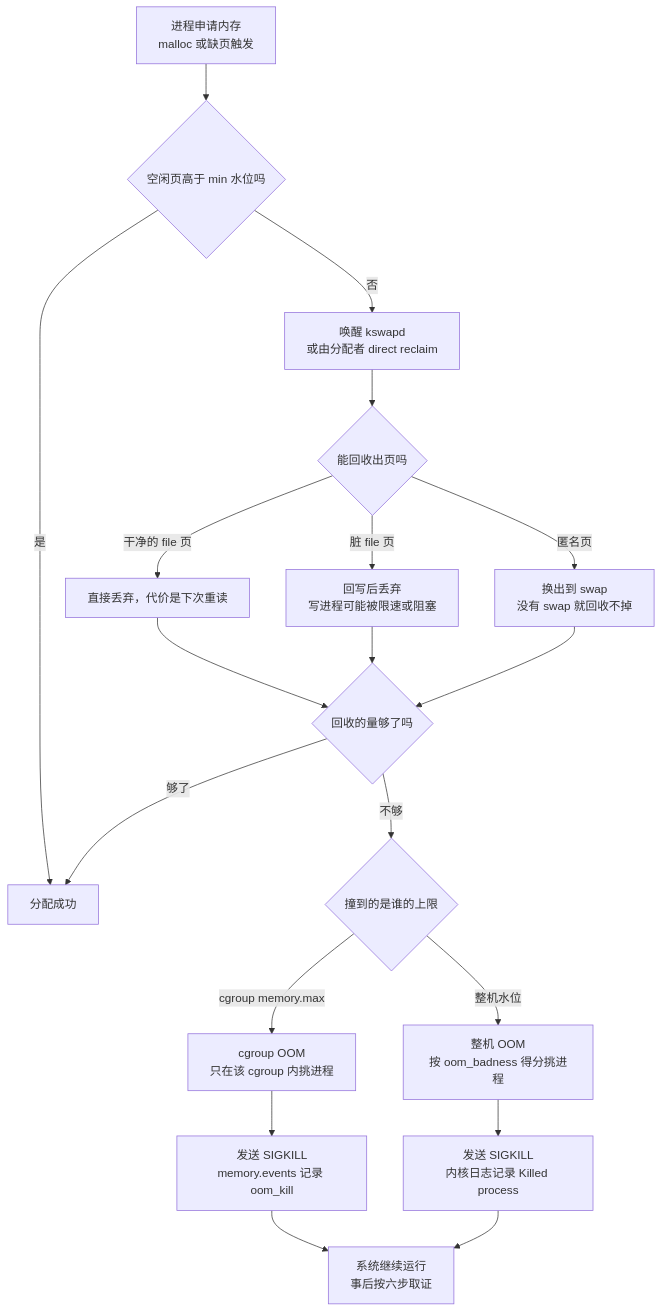
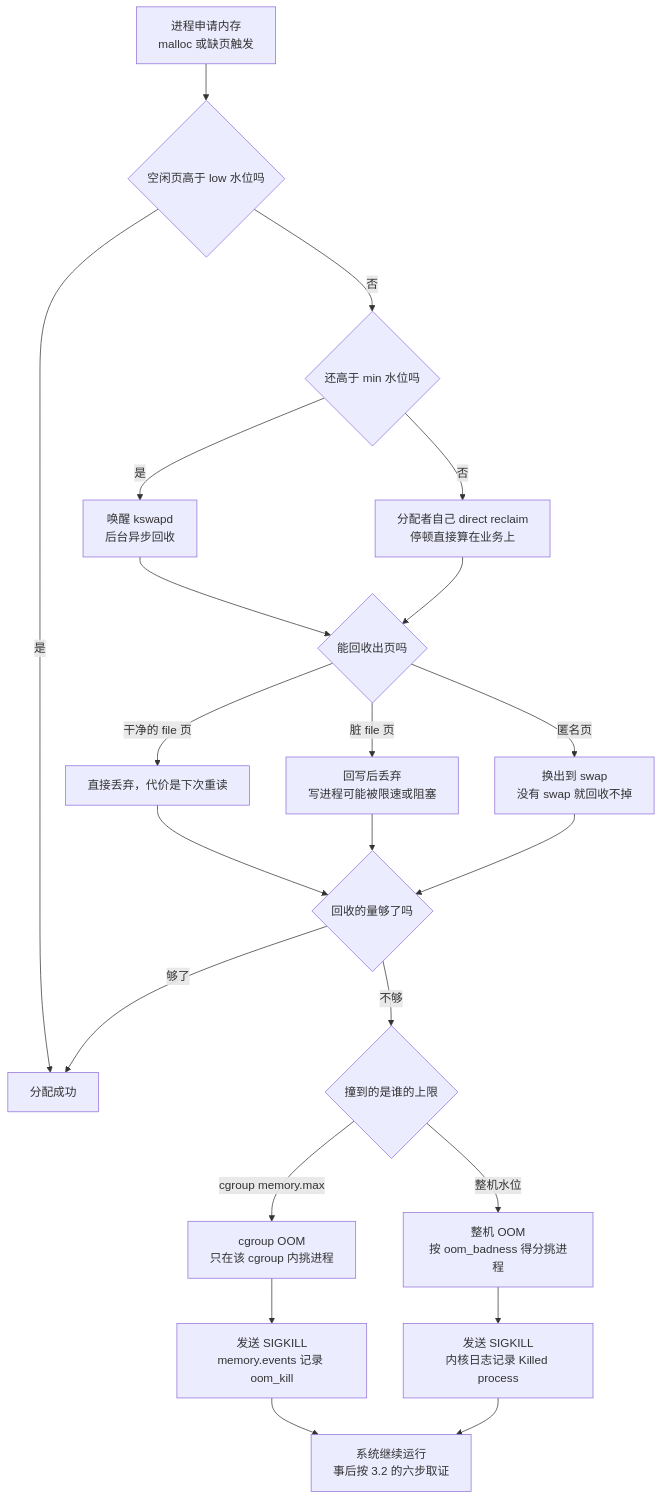
Before and after one commit to realtyz/ops-manual: the diagram in Linux/04_内存管理与OOM.md, drawn with Mermaid. The commit also changed other lines of this file and 19 other files, not shown here.

````diff
--- a/Linux/04_内存管理与OOM.md
+++ b/Linux/04_内存管理与OOM.md
@@ -195,21 +83,24 @@
 ```mermaid
 flowchart TD
-  A["进程申请内存<br/>malloc 或缺页触发"] --> B{"空闲页高于 min 水位吗"}
+  A["进程申请内存<br/>malloc 或缺页触发"] --> B{"空闲页高于 low 水位吗"}
   B -- "是" --> C["分配成功"]
-  B -- "否" --> D["唤醒 kswapd<br/>或由分配者 direct reclaim"]
-  D --> E{"能回收出页吗"}
+  B -- "否" --> D{"还高于 min 水位吗"}
+  D -- "是" --> P["唤醒 kswapd<br/>后台异步回收"]
+  D -- "否" --> Q["分配者自己 direct reclaim<br/>停顿直接算在业务上"]
+  P --> E{"能回收出页吗"}
+  Q --> E
   E -- "干净的 file 页" --> F["直接丢弃，代价是下次重读"]
   E -- "脏 file 页" --> G["回写后丢弃<br/>写进程可能被限速或阻塞"]
   E -- "匿名页" --> H["换出到 swap<br/>没有 swap 就回收不掉"]
   F --> I{"回收的量够了吗"}
   G --> I
   H --> I
   I -- "够了" --> C
   I -- "不够" --> J{"撞到的是谁的上限"}
   J -- "cgroup memory.max" --> K["cgroup OOM<br/>只在该 cgroup 内挑进程"]
   J -- "整机水位" --> L["整机 OOM<br/>按 oom_badness 得分挑进程"]
   K --> M["发送 SIGKILL<br/>memory.events 记录 oom_kill"]
   L --> N["发送 SIGKILL<br/>内核日志记录 Killed process"]
-  M --> O["系统继续运行<br/>事后按六步取证"]
+  M --> O["系统继续运行<br/>事后按 3.2 的六步取证"]
   N --> O
 ```
````
